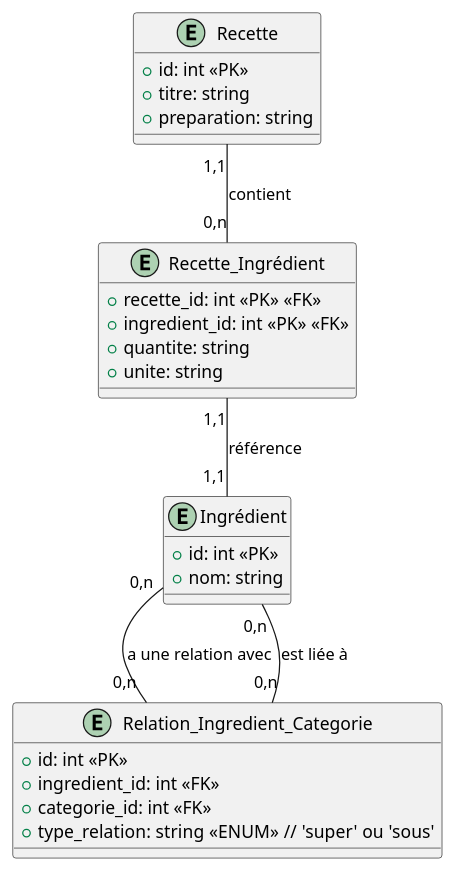
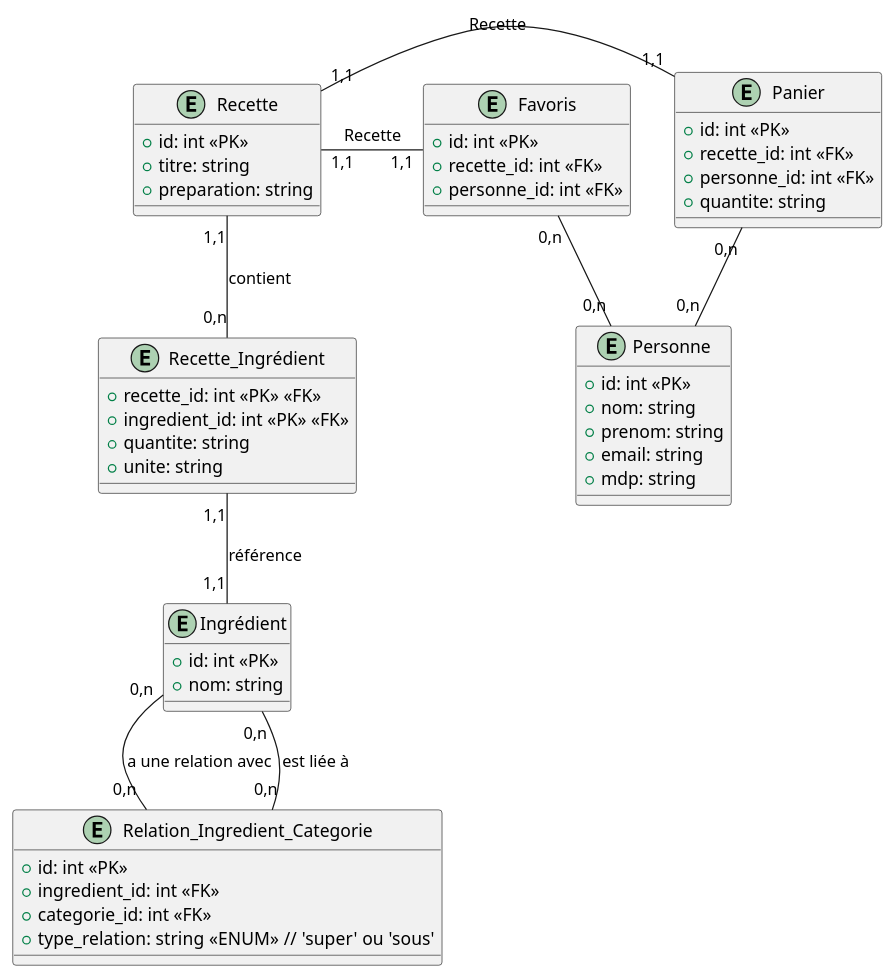
Before and after one commit to SmallishMink34/Elixir-Delices: the diagram in config/database.puml, drawn with PlantUML. The commit also changed 44 other files, not shown here.

```diff
--- a/config/database.puml
+++ b/config/database.puml
@@ -1,35 +1,60 @@
 @startuml
 
 entity "Recette" {
   + id: int <<PK>>
   + titre: string
   + preparation: string
 }
 
 entity "Recette_Ingrédient" {
   + recette_id: int <<PK>> <<FK>>
   + ingredient_id: int <<PK>> <<FK>>
   + quantite: string
   + unite: string
 }
 
 entity "Ingrédient" {
   + id: int <<PK>>
   + nom: string
 }
 
-
-
 entity "Relation_Ingredient_Categorie" {
   + id: int <<PK>>
   + ingredient_id: int <<FK>>
   + categorie_id: int <<FK>>
   + type_relation: string <<ENUM>>  // 'super' ou 'sous'
 }
 
+entity "Personne" {
+  + id: int <<PK>>
+  + nom: string
+  + prenom: string
+  + email: string
+  + mdp: string
+}
+ 
+entity "Favoris" {
+  + id: int <<PK>>
+  + recette_id: int <<FK>>
+  + personne_id: int <<FK>>
+}
+
+entity "Panier" {
+  + id: int <<PK>>
+  + recette_id: int <<FK>>
+  + personne_id: int <<FK>>
+  + quantite: string
+}
+
+Personne "0,n" -up- "0,n" Favoris
+Personne "0,n" -up- "0,n" Panier
+
+Favoris "1,1" -left- "1,1" Recette : Recette
+Panier "1,1" -left- "1,1" Recette : Recette
+
 Recette "1,1" -- "0,n" Recette_Ingrédient : contient
 Recette_Ingrédient "1,1" -- "1,1" Ingrédient : référence
 Ingrédient "0,n" -- "0,n" Relation_Ingredient_Categorie : a une relation avec
 Ingrédient "0,n" -- "0,n" Relation_Ingredient_Categorie : est liée à
 
 @enduml
```
